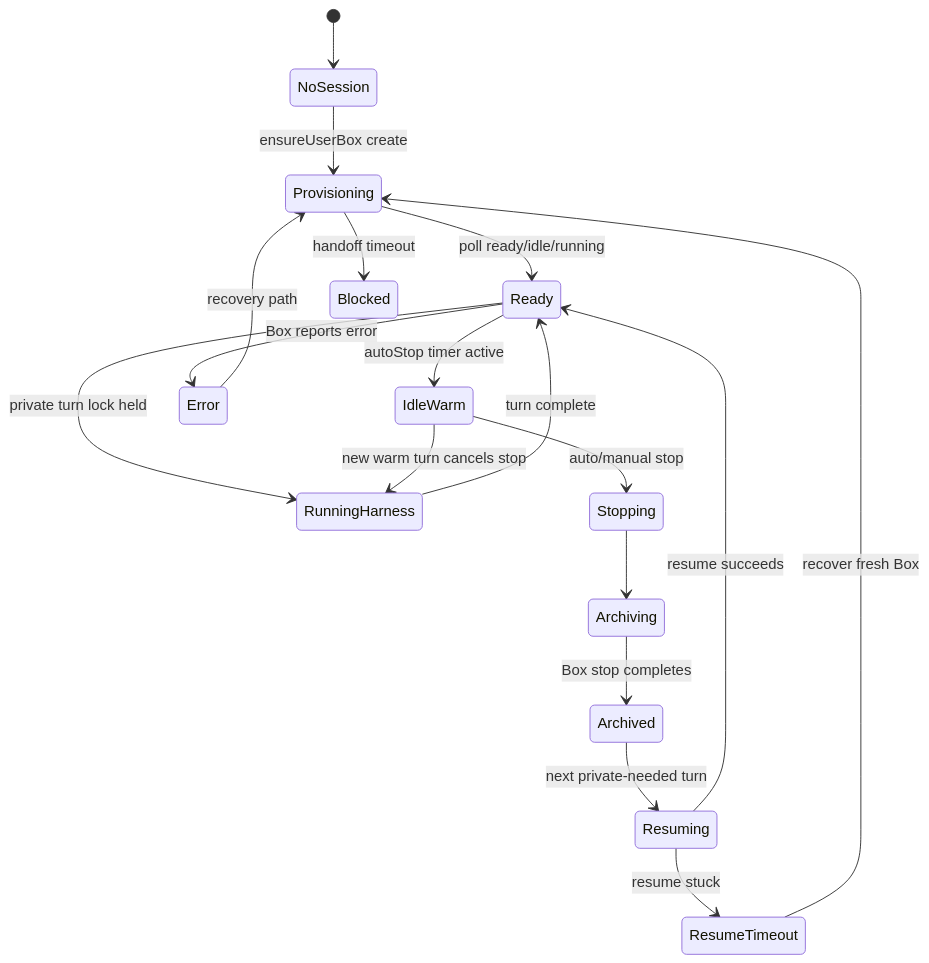
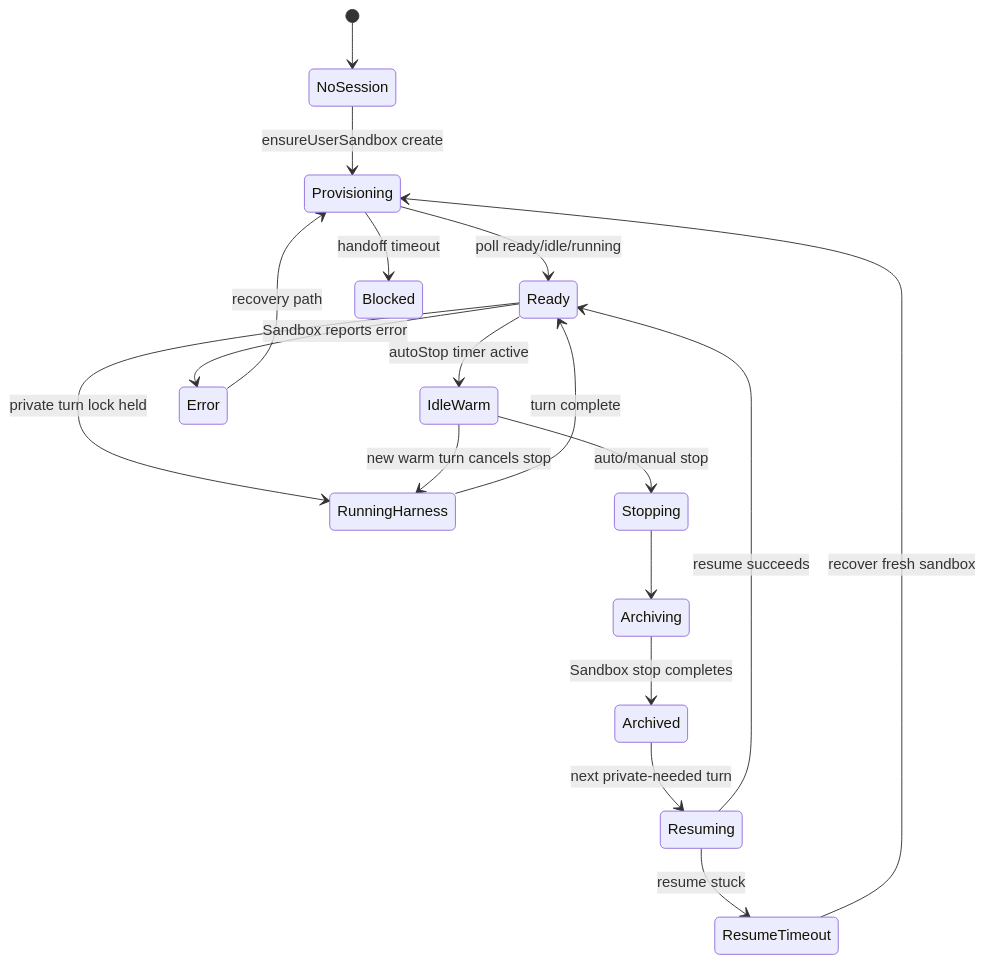
Before and after one commit to ariana-dot-dev/optibox: the fourth of 15 diagrams in docs/optibox-handoff-technical-report.md, drawn with Mermaid. The commit also changed other lines of this file and 26 other files, not shown here.

First line of the commit message:
rename Box to Boat: the product is Boat, the machine is a sandbox

````diff
--- a/docs/optibox-handoff-technical-report.md
+++ b/docs/optibox-handoff-technical-report.md
@@ -160,23 +160,23 @@
 ```mermaid
 stateDiagram-v2
     [*] --> NoSession
-    NoSession --> Provisioning: ensureUserBox create
+    NoSession --> Provisioning: ensureUserSandbox create
     Provisioning --> Ready: poll ready/idle/running
     Provisioning --> Blocked: handoff timeout
 
     Ready --> RunningHarness: private turn lock held
     RunningHarness --> Ready: turn complete
     Ready --> IdleWarm: autoStop timer active
     IdleWarm --> RunningHarness: new warm turn cancels stop
     IdleWarm --> Stopping: auto/manual stop
 
     Stopping --> Archiving
-    Archiving --> Archived: Box stop completes
+    Archiving --> Archived: Sandbox stop completes
     Archived --> Resuming: next private-needed turn
     Resuming --> Ready: resume succeeds
     Resuming --> ResumeTimeout: resume stuck
-    ResumeTimeout --> Provisioning: recover fresh Box
+    ResumeTimeout --> Provisioning: recover fresh sandbox
 
-    Ready --> Error: Box reports error
+    Ready --> Error: Sandbox reports error
     Error --> Provisioning: recovery path
 ```
````
